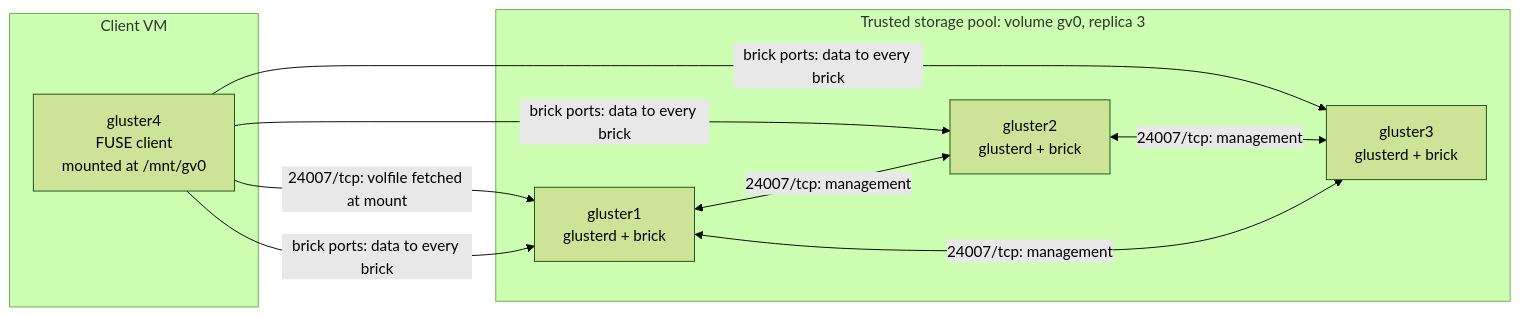
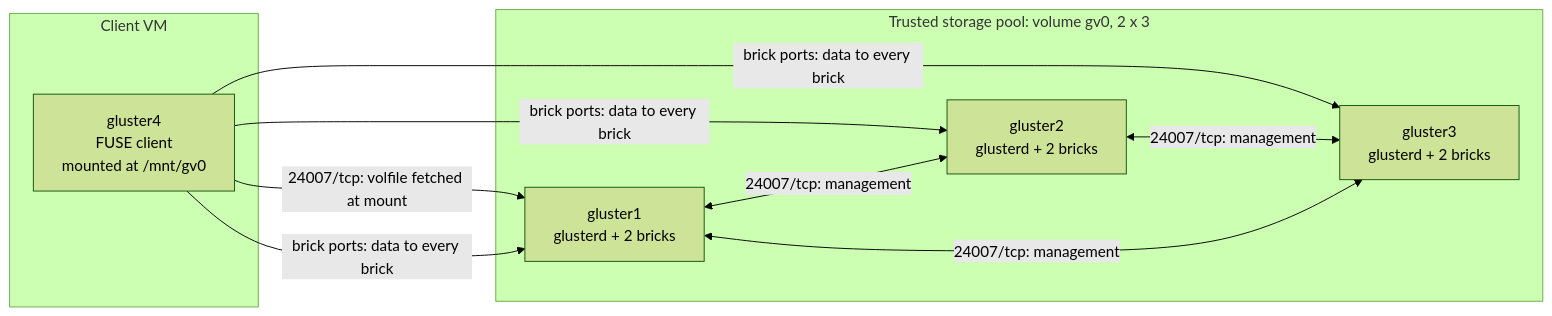
Before and after one commit to OB-Adams/glusterfs-replicated-lab: the diagram in README.md, drawn with Mermaid (forest theme). The commit also changed other lines of this file and 22 other files, not shown here.

````diff
--- a/README.md
+++ b/README.md
@@ -47,18 +48,18 @@
 ```mermaid
 flowchart LR
     subgraph clientvm["Client VM"]
         C["gluster4<br/>FUSE client<br/>mounted at /mnt/gv0"]
     end
-    subgraph pool["Trusted storage pool: volume gv0, replica 3"]
-        N1["gluster1<br/>glusterd + brick"]
-        N2["gluster2<br/>glusterd + brick"]
-        N3["gluster3<br/>glusterd + brick"]
+    subgraph pool["Trusted storage pool: volume gv0, 2 x 3"]
+        N1["gluster1<br/>glusterd + 2 bricks"]
+        N2["gluster2<br/>glusterd + 2 bricks"]
+        N3["gluster3<br/>glusterd + 2 bricks"]
     end
     C -->|"24007/tcp: volfile fetched at mount"| N1
     C -->|"brick ports: data to every brick"| N1
     C -->|"brick ports: data to every brick"| N2
     C -->|"brick ports: data to every brick"| N3
     N1 <-->|"24007/tcp: management"| N2
     N2 <-->|"24007/tcp: management"| N3
     N1 <-->|"24007/tcp: management"| N3
 ```
````
